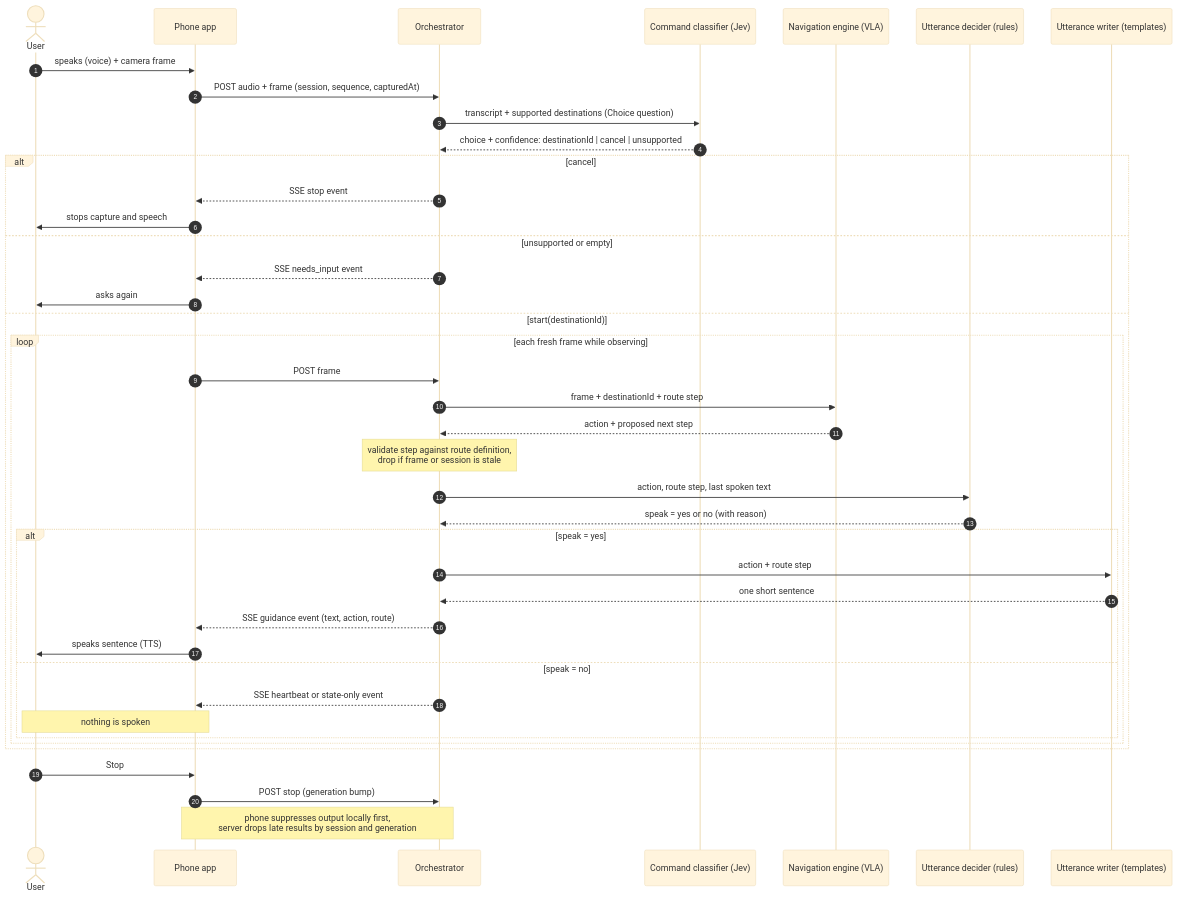
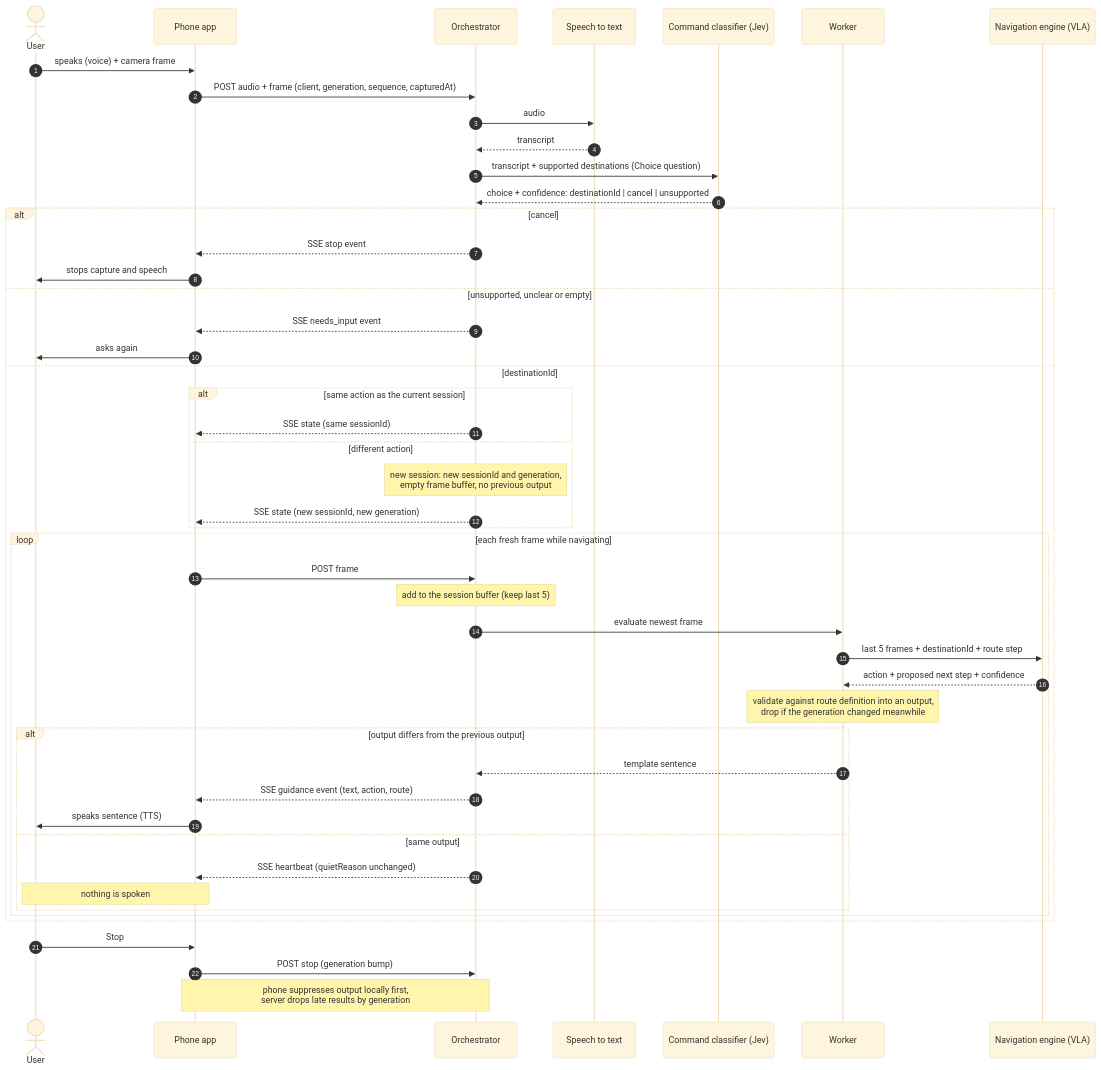
The third of 3 diagrams in docs/architecture.md (tungsten-united/project-description), drawn with Mermaid (base theme) before and after one commit. The commit also changed other lines of this file, not shown here.

Commit message:
Architecture: STT, session frame buffer and worker in the diagrams

````diff
--- a/docs/architecture.md
+++ b/docs/architecture.md
@@ -62,46 +68,53 @@
 ```mermaid
 sequenceDiagram
   autonumber
   actor U as User
   participant P as Phone app
   participant O as Orchestrator
+  participant S as Speech to text
   participant C as Command classifier (Jev)
+  participant K as Worker
   participant N as Navigation engine (VLA)
-  participant D as Utterance decider (rules)
-  participant W as Utterance writer (templates)
 
   U->>P: speaks (voice) + camera frame
-  P->>O: POST audio + frame (session, sequence, capturedAt)
+  P->>O: POST audio + frame (client, generation, sequence, capturedAt)
+  O->>S: audio
+  S-->>O: transcript
   O->>C: transcript + supported destinations (Choice question)
   C-->>O: choice + confidence: destinationId | cancel | unsupported
 
   alt cancel
     O-->>P: SSE stop event
     P->>U: stops capture and speech
-  else unsupported or empty
+  else unsupported, unclear or empty
     O-->>P: SSE needs_input event
     P->>U: asks again
-  else start(destinationId)
-    loop each fresh frame while observing
+  else destinationId
+    alt same action as the current session
+      O-->>P: SSE state (same sessionId)
+    else different action
+      Note over O: new session: new sessionId and generation,<br/>empty frame buffer, no previous output
+      O-->>P: SSE state (new sessionId, new generation)
+    end
+    loop each fresh frame while navigating
       P->>O: POST frame
-      O->>N: frame + destinationId + route step
-      N-->>O: action + proposed next step
-      Note over O: validate step against route definition,<br/>drop if frame or session is stale
-      O->>D: action, route step, last spoken text
-      D-->>O: speak = yes or no (with reason)
-      alt speak = yes
-        O->>W: action + route step
-        W-->>O: one short sentence
+      Note over O: add to the session buffer (keep last 5)
+      O->>K: evaluate newest frame
+      K->>N: last 5 frames + destinationId + route step
+      N-->>K: action + proposed next step + confidence
+      Note over K: validate against route definition into an output,<br/>drop if the generation changed meanwhile
+      alt output differs from the previous output
+        K-->>O: template sentence
         O-->>P: SSE guidance event (text, action, route)
         P->>U: speaks sentence (TTS)
-      else speak = no
-        O-->>P: SSE heartbeat or state-only event
+      else same output
+        O-->>P: SSE heartbeat (quietReason unchanged)
         Note over P,U: nothing is spoken
       end
     end
   end
 
   U->>P: Stop
   P->>O: POST stop (generation bump)
-  Note over P,O: phone suppresses output locally first,<br/>server drops late results by session and generation
+  Note over P,O: phone suppresses output locally first,<br/>server drops late results by generation
 ```
````
